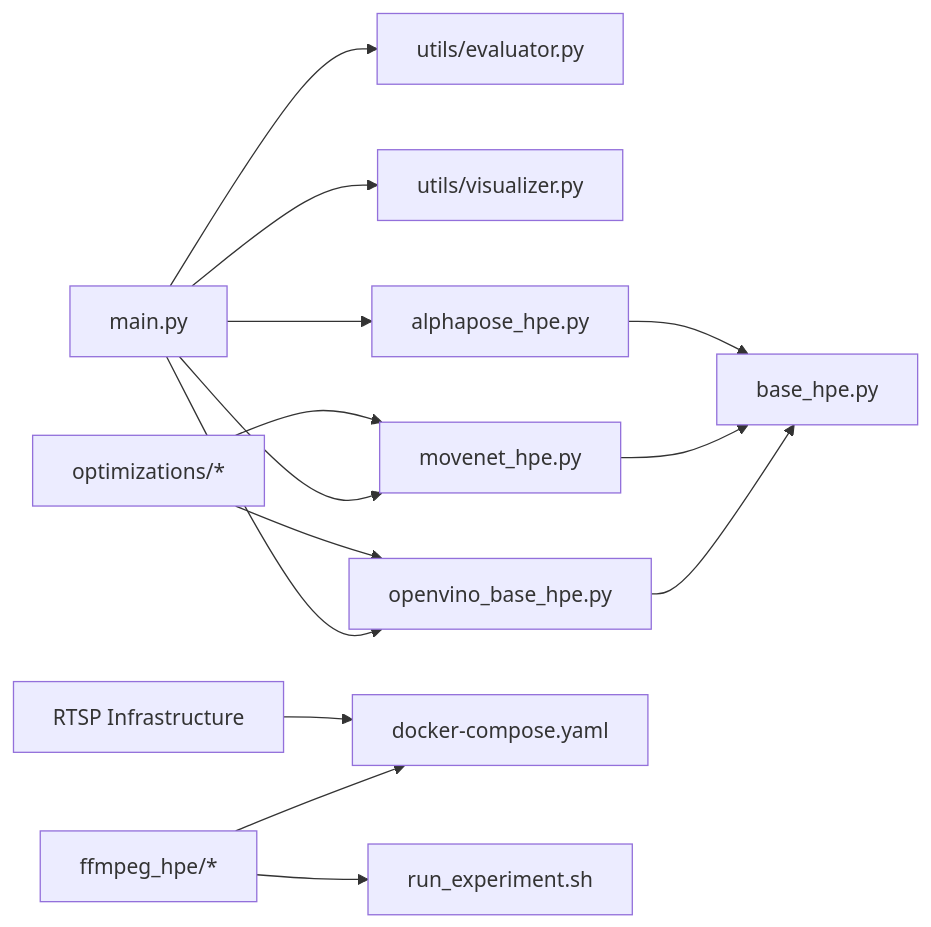
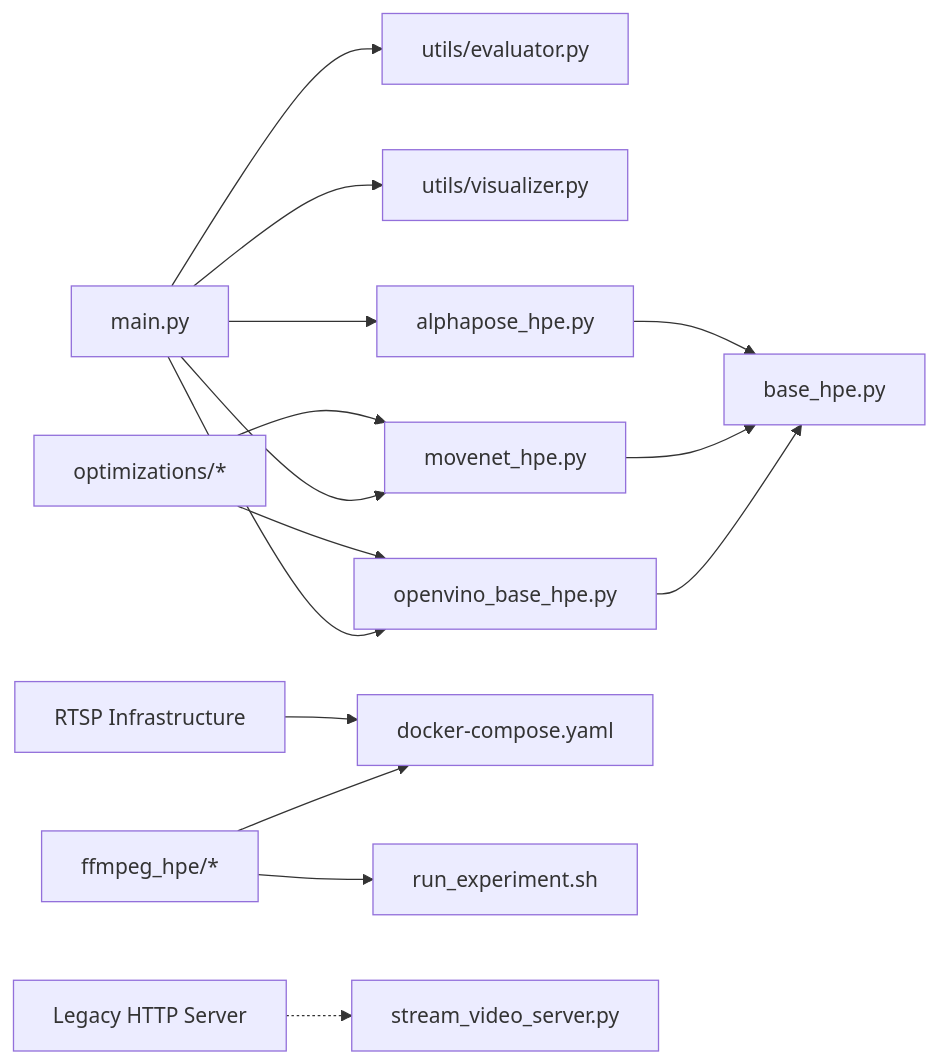
Before and after one commit to Fogus-Gr/MeasurementsDTs: the eighth of 8 diagrams in .qoder/repowiki/en/content/Getting Started/Session Report 2026-05-06.md, drawn with Mermaid. The commit also changed other lines of this file and 4 other files, not shown here.

````diff
--- a/.qoder/repowiki/en/content/Getting Started/Session Report 2026-05-06.md
+++ b/.qoder/repowiki/en/content/Getting Started/Session Report 2026-05-06.md
@@ -390,16 +396,17 @@
 ```mermaid
 graph LR
 M["main.py"] --> EV["utils/evaluator.py"]
 M --> VZ["utils/visualizer.py"]
 M --> OV["openvino_base_hpe.py"]
 M --> MV["movenet_hpe.py"]
 M --> AP["alphapose_hpe.py"]
 OV --> BO["base_hpe.py"]
 MV --> BO
 AP --> BO
 OPT["optimizations/*"] --> OV
 OPT --> MV
 EXP["ffmpeg_hpe/*"] --> DC["docker-compose.yaml"]
 EXP --> RE["run_experiment.sh"]
 RTSP["RTSP Infrastructure"] --> DC
+LEGACY["Legacy HTTP Server"] -.-> SV["stream_video_server.py"]
 ```
````
